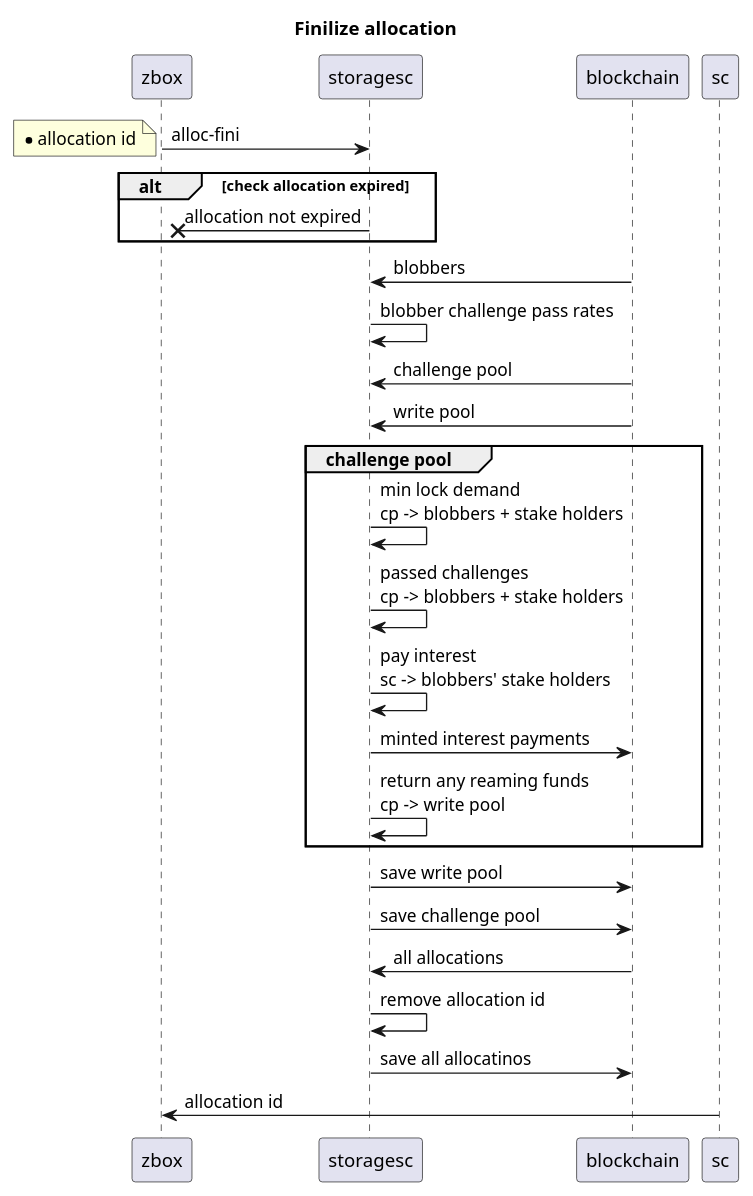
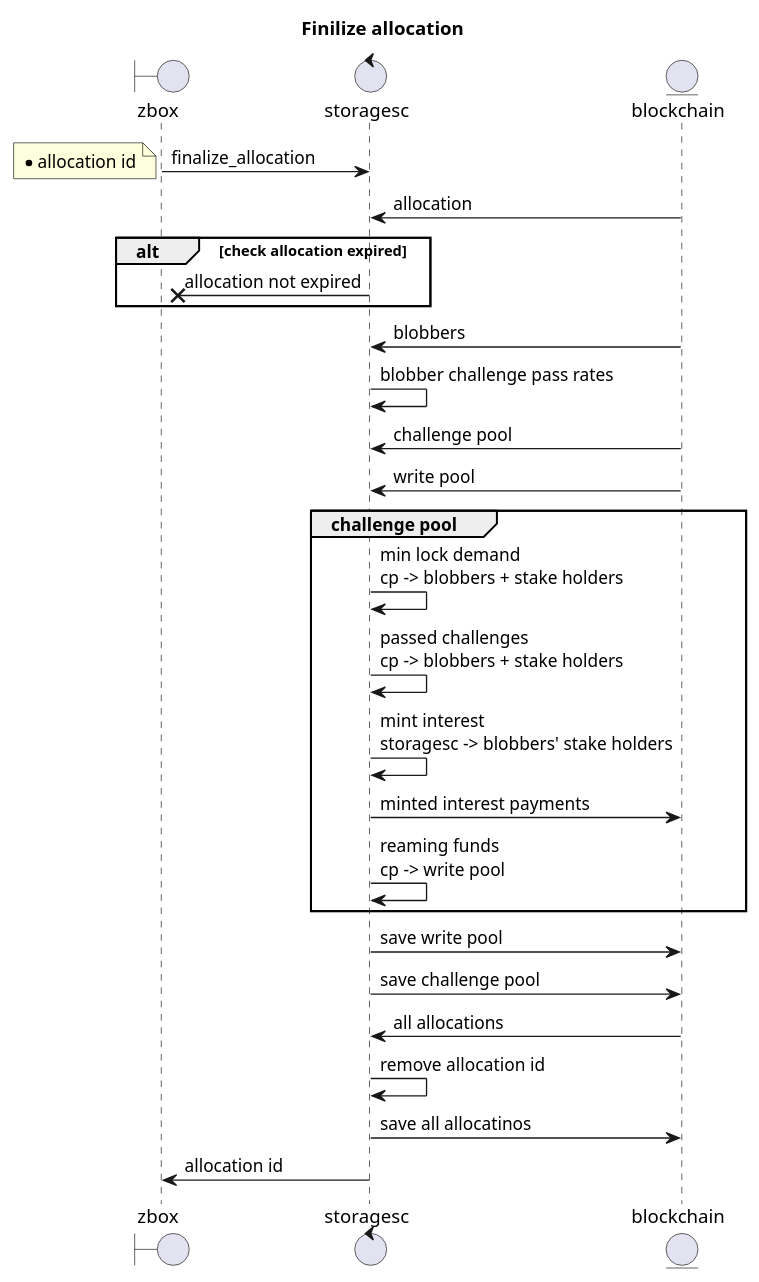
Before and after one commit to 0chain/zboxcli: diagram 20 of 32 in documents/uml.md, drawn with PlantUML. The commit also changed other lines of this file and 1 other file, not shown here.

````diff
--- a/documents/uml.md
+++ b/documents/uml.md
@@ -430,27 +430,31 @@
 ```puml
 title Finilize allocation
-zbox ->storagesc: alloc-fini
+boundary zbox 
+control storagesc
+entity blockchain
+zbox ->storagesc: finalize_allocation
 note left
     * allocation id
 end note
+    blockchain -> storagesc : allocation
     alt check allocation expired
        storagesc->x zbox : allocation not expired
     end
     blockchain ->storagesc:blobbers
-   storagesc->storagesc: blobber challenge pass rates
+    storagesc->storagesc: blobber challenge pass rates
     blockchain ->storagesc: challenge pool
     blockchain ->storagesc: write pool   
     group challenge pool
        storagesc->storagesc: min lock demand\ncp -> blobbers + stake holders
        storagesc->storagesc: passed challenges\ncp -> blobbers + stake holders
-       storagesc->storagesc: pay interest\nsc -> blobbers' stake holders 
+       storagesc->storagesc: mint interest\nstoragesc -> blobbers' stake holders 
        storagesc-> blockchain : minted interest payments
-       storagesc->storagesc: return any reaming funds\ncp -> write pool
+       storagesc->storagesc: reaming funds\ncp -> write pool
     end
    storagesc-> blockchain : save write pool
    storagesc-> blockchain : save challenge pool
     blockchain ->storagesc: all allocations
    storagesc->storagesc: remove allocation id 
    storagesc-> blockchain : save all allocatinos    
-sc -> zbox : allocation id 
+storagesc -> zbox : allocation id 
 ```
````
